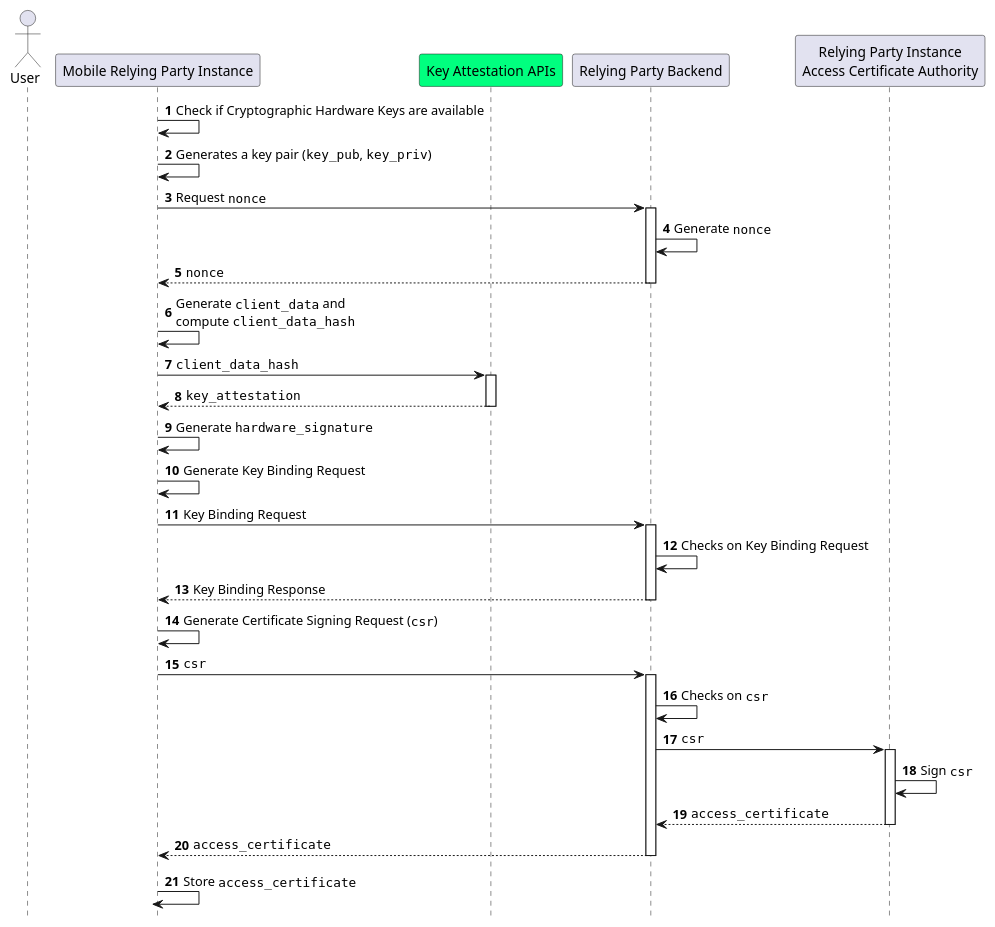
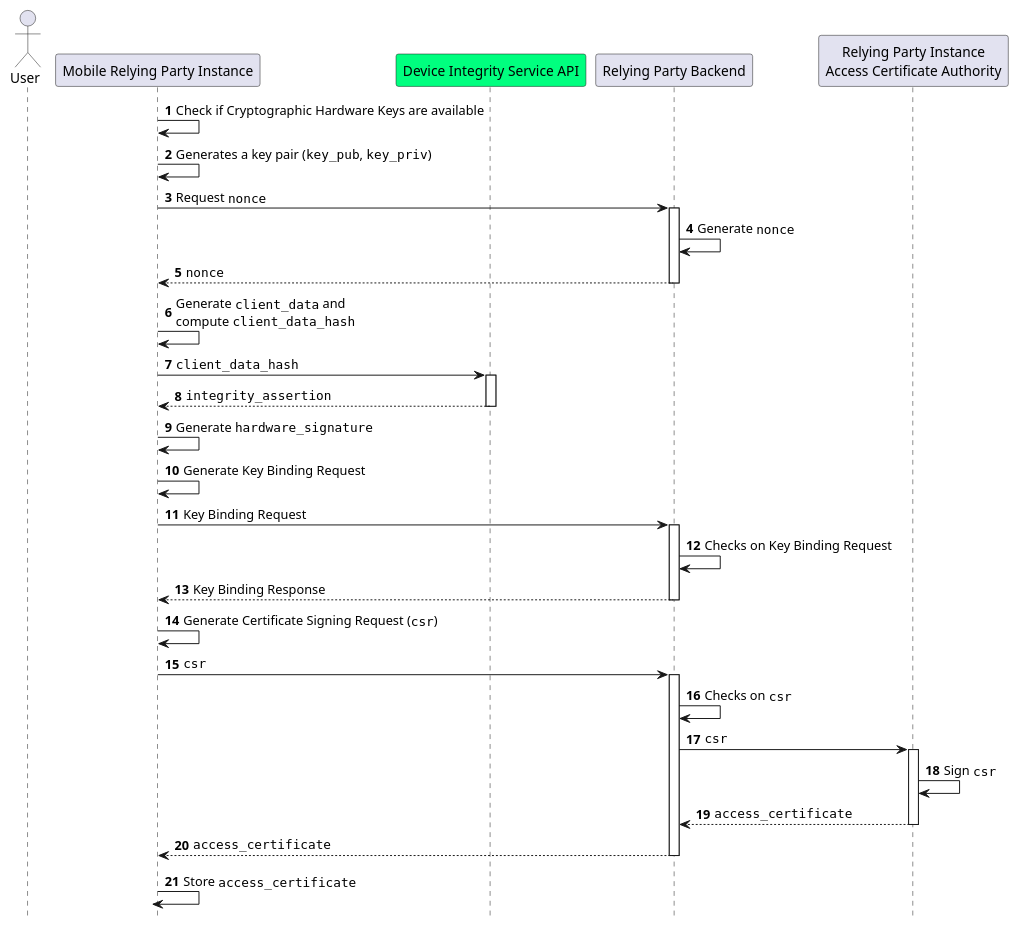
One commit to fmarino-ipzs/eid-it-wallet-docs changed the diagram in docs/en/plantuml/rp-mobile-instance-access-certificate-issuance.puml. Above: the diagram before and after it, drawn with PlantUML. The commit also changed 1 other file, not shown here.

```diff
--- a/docs/en/plantuml/rp-mobile-instance-access-certificate-issuance.puml
+++ b/docs/en/plantuml/rp-mobile-instance-access-certificate-issuance.puml
@@ -1,63 +1,63 @@
 @startuml Mobile Relying Party Instance Access Certificate Issuance
 autonumber
 hide footbox
 
 'Participants
 actor "User" as user
 participant "Mobile Relying Party Instance" as app 
-participant "Key Attestation APIs" as aats #springgreen
+participant "Device Integrity Service API" as aats #springgreen
 participant "Relying Party Backend" as bck
 participant "Relying Party Instance\nAccess Certificate Authority" as ca
 
 'START CERTIFICATE
 app->app: Check if Cryptographic Hardware Keys are available
 
 app->app: Generates a key pair (""key_pub"", ""key_priv"")
 
 app->bck: Request ""nonce""
 activate bck
 bck->bck: Generate ""nonce""
 bck-->app: ""nonce""
 deactivate bck
 
 app->app: Generate ""client_data"" and\ncompute ""client_data_hash""
 
 app->aats: ""client_data_hash""
 activate aats
 
-aats-->app: ""key_attestation""
+aats-->app: ""integrity_assertion""
 deactivate aats
 
 app->app: Generate ""hardware_signature""
 
 app->app: Generate Key Binding Request
 
 app->bck: Key Binding Request
 
 activate bck
 bck->bck: Checks on Key Binding Request
 
 bck-->app: Key Binding Response
 deactivate bck
 
 app->app: Generate Certificate Signing Request (""csr"")
 
 app->bck: ""csr""
 activate bck
 
 bck->bck: Checks on ""csr""
 
 bck->ca: ""csr""
 activate ca
 
 ca->ca: Sign ""csr""
 
 ca-->bck: ""access_certificate""
 deactivate ca
 
 bck-->app: ""access_certificate""
 deactivate bck
 
 app->app: Store ""access_certificate""
 deactivate app
 @enduml
```
